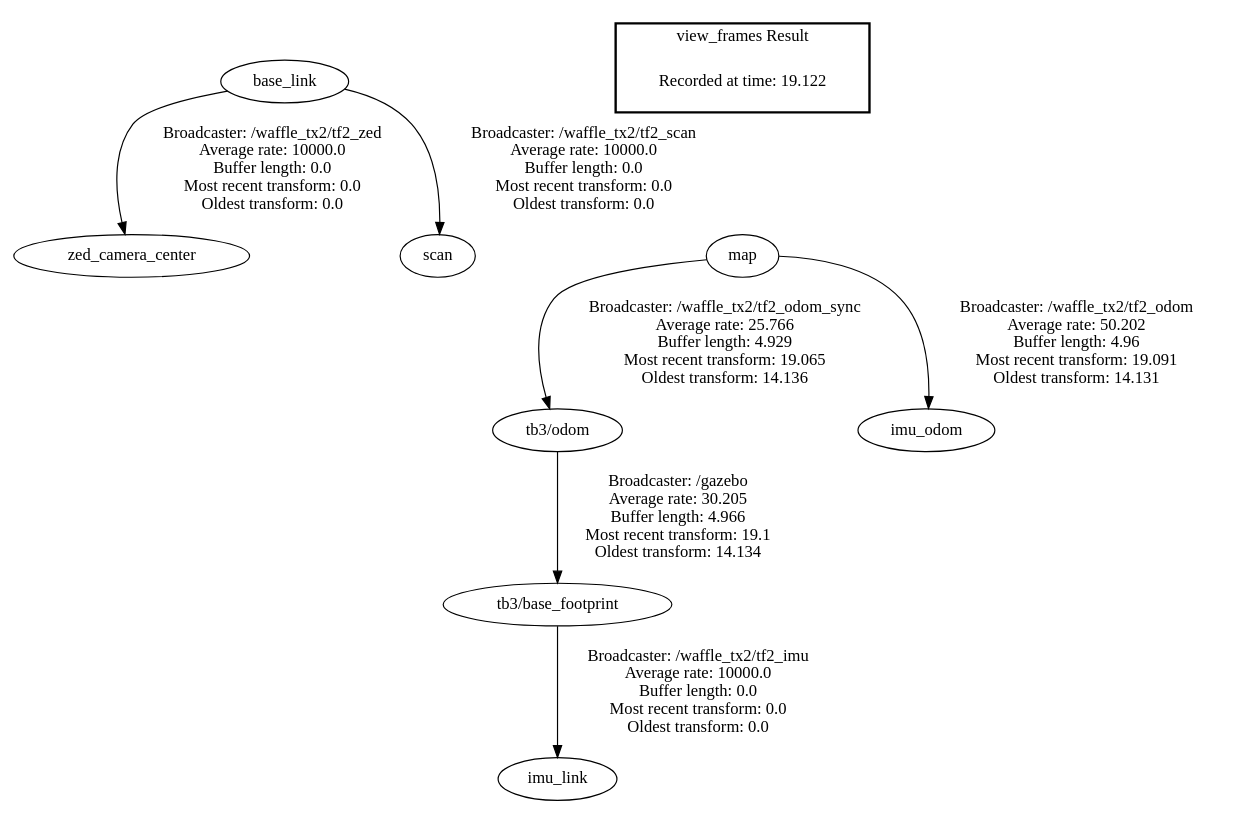
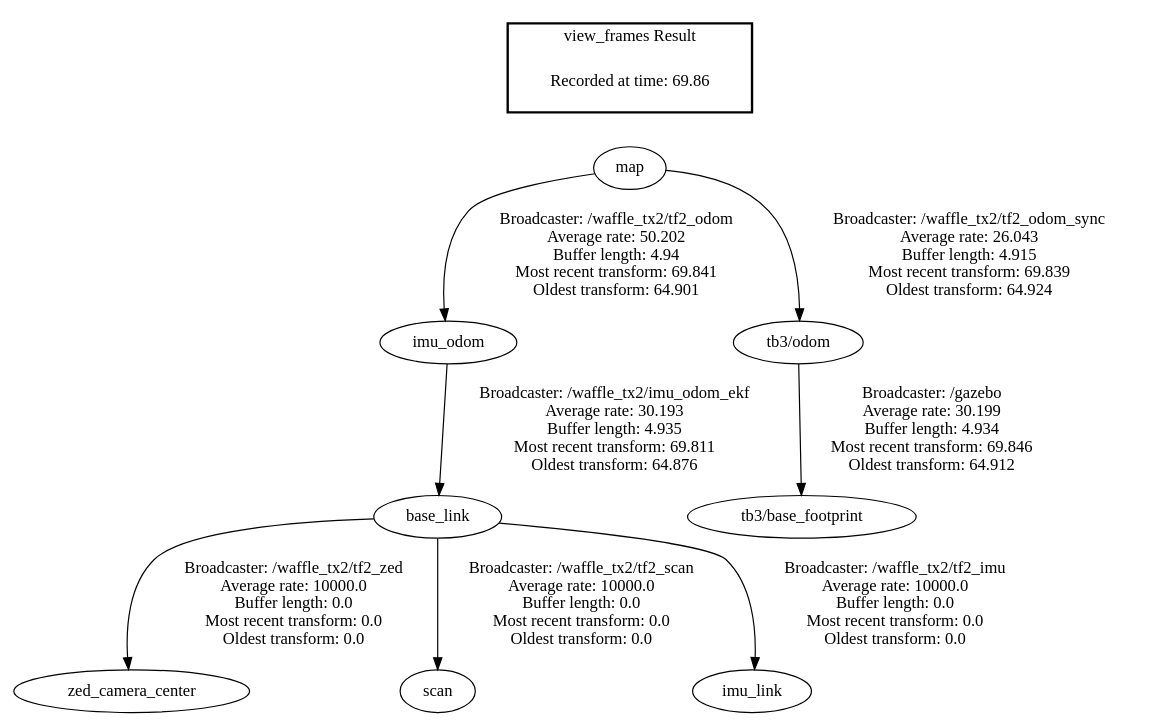
One commit to NighttimeDriver50000/waffle-tx2 changed the diagram in waffle_tx2_tf2/frames.gv. Above: the diagram before and after it, drawn with Graphviz. The commit also changed 9 other files, not shown here.

```diff
--- a/waffle_tx2_tf2/frames.gv
+++ b/waffle_tx2_tf2/frames.gv
@@ -1,12 +1,13 @@
 digraph G {
 "base_link" -> "zed_camera_center"[label=" Broadcaster: /waffle_tx2/tf2_zed\nAverage rate: 10000.0\nBuffer length: 0.0\nMost recent transform: 0.0\nOldest transform: 0.0\n"];
-"tb3/odom" -> "tb3/base_footprint"[label=" Broadcaster: /gazebo\nAverage rate: 30.205\nBuffer length: 4.966\nMost recent transform: 19.1\nOldest transform: 14.134\n"];
+"map" -> "imu_odom"[label=" Broadcaster: /waffle_tx2/tf2_odom\nAverage rate: 50.202\nBuffer length: 4.94\nMost recent transform: 69.841\nOldest transform: 64.901\n"];
+"tb3/odom" -> "tb3/base_footprint"[label=" Broadcaster: /gazebo\nAverage rate: 30.199\nBuffer length: 4.934\nMost recent transform: 69.846\nOldest transform: 64.912\n"];
 "base_link" -> "scan"[label=" Broadcaster: /waffle_tx2/tf2_scan\nAverage rate: 10000.0\nBuffer length: 0.0\nMost recent transform: 0.0\nOldest transform: 0.0\n"];
-"tb3/base_footprint" -> "imu_link"[label=" Broadcaster: /waffle_tx2/tf2_imu\nAverage rate: 10000.0\nBuffer length: 0.0\nMost recent transform: 0.0\nOldest transform: 0.0\n"];
-"map" -> "imu_odom"[label=" Broadcaster: /waffle_tx2/tf2_odom\nAverage rate: 50.202\nBuffer length: 4.96\nMost recent transform: 19.091\nOldest transform: 14.131\n"];
-"map" -> "tb3/odom"[label=" Broadcaster: /waffle_tx2/tf2_odom_sync\nAverage rate: 25.766\nBuffer length: 4.929\nMost recent transform: 19.065\nOldest transform: 14.136\n"];
+"base_link" -> "imu_link"[label=" Broadcaster: /waffle_tx2/tf2_imu\nAverage rate: 10000.0\nBuffer length: 0.0\nMost recent transform: 0.0\nOldest transform: 0.0\n"];
+"imu_odom" -> "base_link"[label=" Broadcaster: /waffle_tx2/imu_odom_ekf\nAverage rate: 30.193\nBuffer length: 4.935\nMost recent transform: 69.811\nOldest transform: 64.876\n"];
+"map" -> "tb3/odom"[label=" Broadcaster: /waffle_tx2/tf2_odom_sync\nAverage rate: 26.043\nBuffer length: 4.915\nMost recent transform: 69.839\nOldest transform: 64.924\n"];
 edge [style=invis];
  subgraph cluster_legend { style=bold; color=black; label ="view_frames Result";
-"Recorded at time: 19.122"[ shape=plaintext ] ;
+"Recorded at time: 69.86"[ shape=plaintext ] ;
 }->"map";
 }
```
